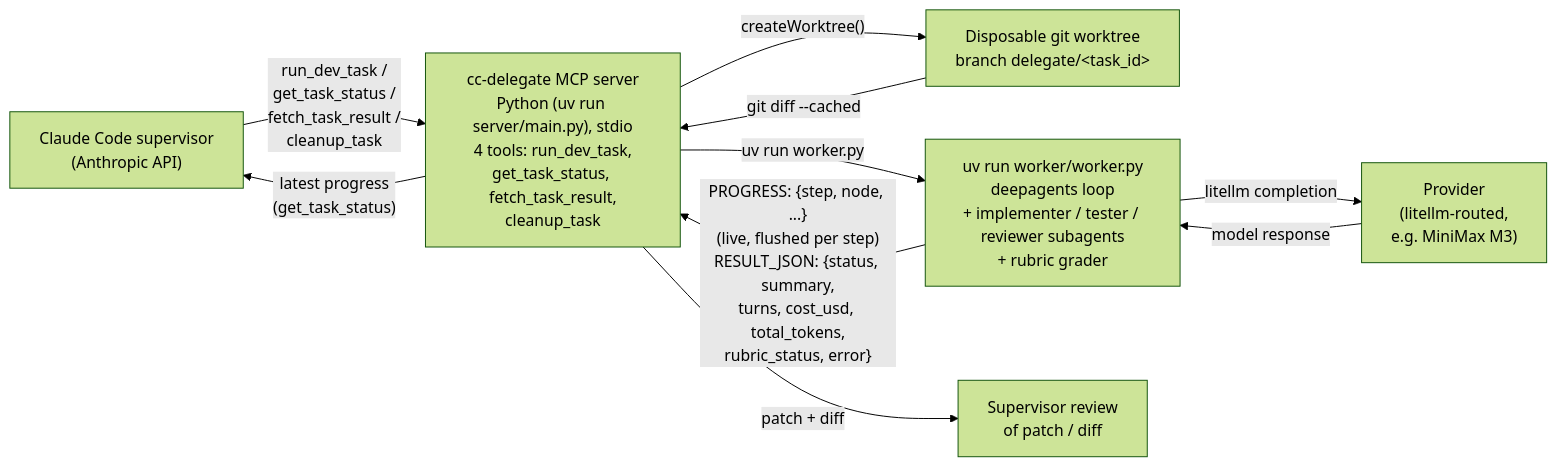
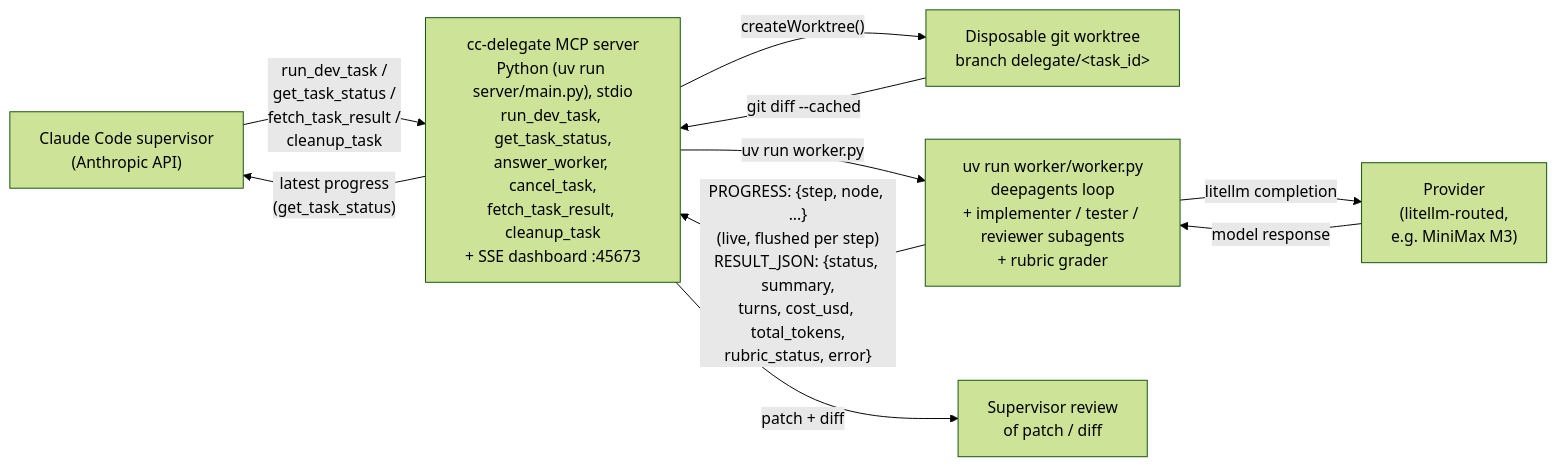
Before and after one commit to EtienneLescot/cc-delegate: the diagram in README.md, drawn with Mermaid (forest theme). The commit also changed other lines of this file and 20 other files, not shown here.

````diff
--- a/README.md
+++ b/README.md
@@ -11,19 +11,19 @@
 ```mermaid
 flowchart LR
   Supervisor["Claude Code supervisor<br/>(Anthropic API)"]
-  MCP["cc-delegate MCP server<br/>Python (uv run server/main.py), stdio<br/>4 tools: run_dev_task,<br/>get_task_status, fetch_task_result,<br/>cleanup_task"]
+  MCP["cc-delegate MCP server<br/>Python (uv run server/main.py), stdio<br/>run_dev_task, get_task_status,<br/>answer_worker, cancel_task,<br/>fetch_task_result, cleanup_task<br/>+ SSE dashboard :45673"]
   Worktree["Disposable git worktree<br/>branch delegate/&lt;task_id&gt;"]
   Worker["uv run worker/worker.py<br/>deepagents loop<br/>+ implementer / tester / reviewer subagents<br/>+ rubric grader"]
   Provider["Provider<br/>(litellm-routed,<br/>e.g. MiniMax M3)"]
   Review["Supervisor review<br/>of patch / diff"]
 
   Supervisor -->|"run_dev_task /<br/>get_task_status /<br/>fetch_task_result /<br/>cleanup_task"| MCP
   MCP -->|"createWorktree()"| Worktree
   MCP -->|"uv run worker.py"| Worker
   Worker -->|"litellm completion"| Provider
   Provider -->|"model response"| Worker
   Worker -->|"PROGRESS: {step, node, ...}<br/>(live, flushed per step)<br/>RESULT_JSON: {status, summary,<br/>turns, cost_usd, total_tokens,<br/>rubric_status, error}"| MCP
   MCP -->|"latest progress<br/>(get_task_status)"| Supervisor
   Worktree -->|"git diff --cached"| MCP
   MCP -->|"patch + diff"| Review
 ```
````
